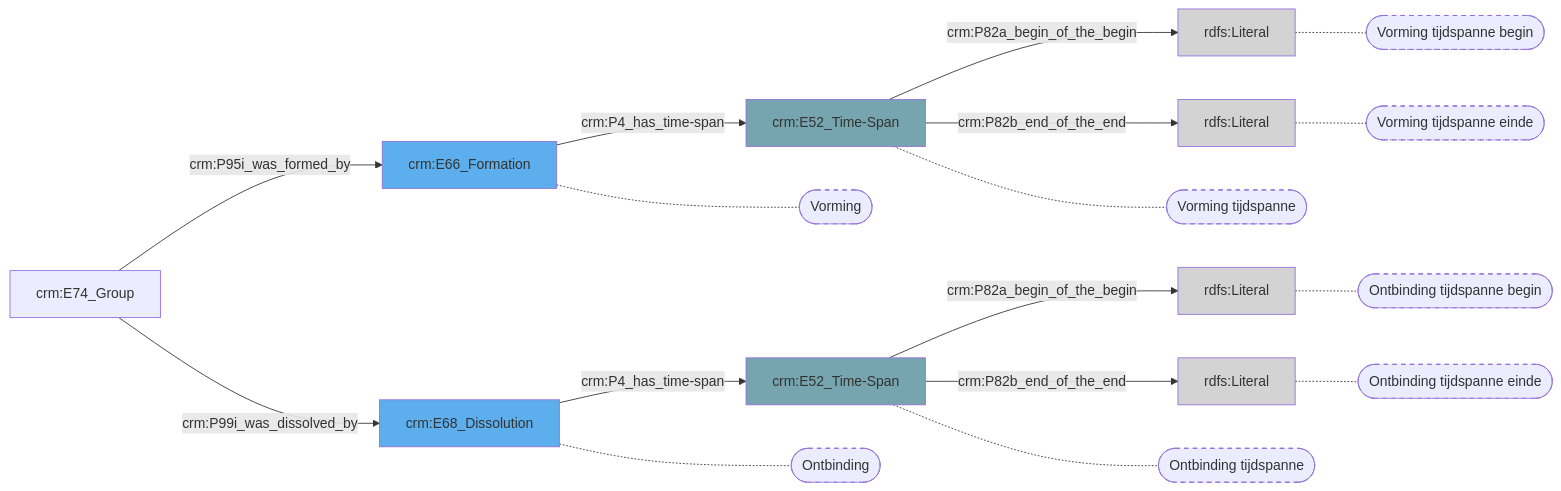
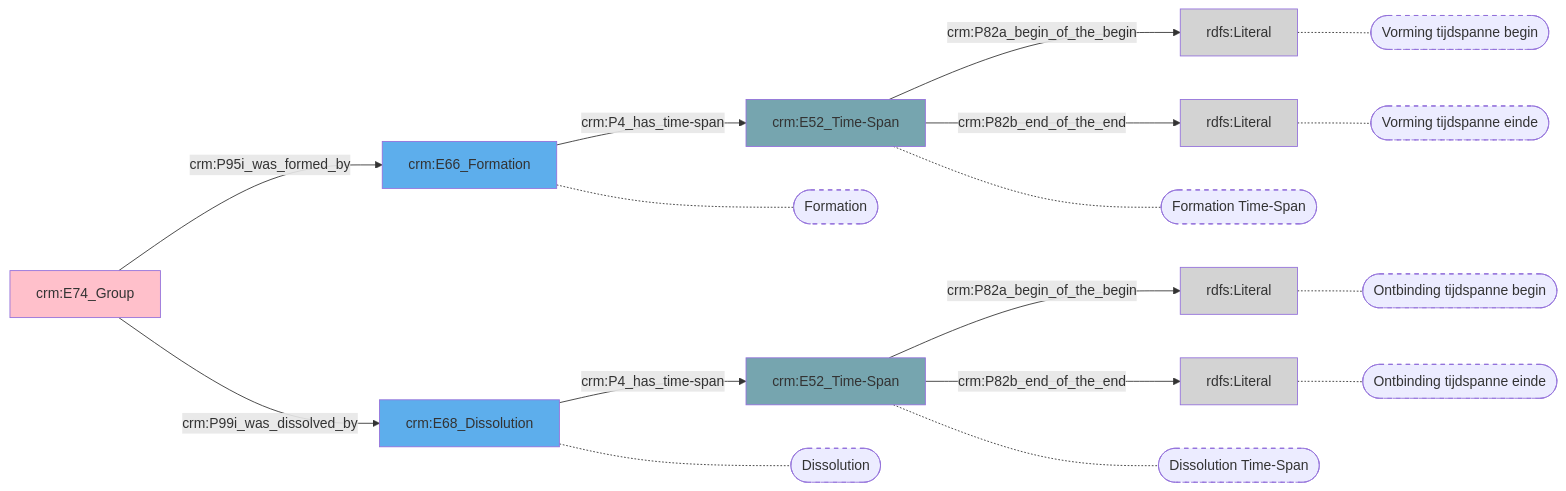
One commit to digipolisantwerpdocumentation/antwerp-cultureel-erfgoed changed the diagram in docs/content/modellen/Group/Context.md. Above: the diagram before and after it, drawn with Mermaid. The commit also changed 173 other files, not shown here.

````diff
--- a/docs/content/modellen/Group/Context.md
+++ b/docs/content/modellen/Group/Context.md
@@ -1,35 +1,36 @@
 ```mermaid
 graph LR
 5b3b6876-e407-11ed-a1e6-00163e71351b["crm:E52_Time-Span"]-->|"crm:P82a_begin_of_the_begin"|7b2434d8-e407-11ed-9655-00163e71351b(rdfs:Literal)
 5b3b6876-e407-11ed-a1e6-00163e71351b["crm:E52_Time-Span"]-->|"crm:P82b_end_of_the_end"|6a5a2ee6-e407-11ed-a1e6-00163e71351b(rdfs:Literal)
 e0bfc39e-e406-11ed-9064-00163e71351b["crm:E52_Time-Span"]-->|"crm:P82a_begin_of_the_begin"|f39c9af0-e406-11ed-9232-00163e71351b(rdfs:Literal)
 e0bfc39e-e406-11ed-9064-00163e71351b["crm:E52_Time-Span"]-->|"crm:P82b_end_of_the_end"|0cee5034-e407-11ed-9655-00163e71351b(rdfs:Literal)
 1456bf2e-e37f-11ed-a1e6-00163e71351b["crm:E74_Group"]-->|"crm:P95i_was_formed_by"|2211ad04-e37f-11ed-9655-00163e71351b["crm:E66_Formation"]
 1456bf2e-e37f-11ed-a1e6-00163e71351b["crm:E74_Group"]-->|"crm:P99i_was_dissolved_by"|378ee0b6-e37f-11ed-9655-00163e71351b["crm:E68_Dissolution"]
 2211ad04-e37f-11ed-9655-00163e71351b["crm:E66_Formation"]-->|"crm:P4_has_time-span"|5b3b6876-e407-11ed-a1e6-00163e71351b["crm:E52_Time-Span"]
 378ee0b6-e37f-11ed-9655-00163e71351b["crm:E68_Dissolution"]-->|"crm:P4_has_time-span"|e0bfc39e-e406-11ed-9064-00163e71351b["crm:E52_Time-Span"]
+2211ad04-e37f-11ed-9655-00163e71351b["crm:E66_Formation"]-.-2211ad04-e37f-11ed-9655-00163e71351b_s(["Formation"])
+378ee0b6-e37f-11ed-9655-00163e71351b["crm:E68_Dissolution"]-.-378ee0b6-e37f-11ed-9655-00163e71351b_s(["Dissolution"])
+5b3b6876-e407-11ed-a1e6-00163e71351b["crm:E52_Time-Span"]-.-5b3b6876-e407-11ed-a1e6-00163e71351b_s(["Formation Time-Span"])
+e0bfc39e-e406-11ed-9064-00163e71351b["crm:E52_Time-Span"]-.-e0bfc39e-e406-11ed-9064-00163e71351b_s(["Dissolution Time-Span"])
+7b2434d8-e407-11ed-9655-00163e71351b["rdfs:Literal"]-.-7b2434d8-e407-11ed-9655-00163e71351b_s(["Vorming tijdspanne begin"])
+6a5a2ee6-e407-11ed-a1e6-00163e71351b["rdfs:Literal"]-.-6a5a2ee6-e407-11ed-a1e6-00163e71351b_s(["Vorming tijdspanne einde"])
+f39c9af0-e406-11ed-9232-00163e71351b["rdfs:Literal"]-.-f39c9af0-e406-11ed-9232-00163e71351b_s(["Ontbinding tijdspanne begin"])
+0cee5034-e407-11ed-9655-00163e71351b["rdfs:Literal"]-.-0cee5034-e407-11ed-9655-00163e71351b_s(["Ontbinding tijdspanne einde"])
 style 2211ad04-e37f-11ed-9655-00163e71351b_s stroke-dasharray: 5
 style 378ee0b6-e37f-11ed-9655-00163e71351b_s stroke-dasharray: 5
 style 5b3b6876-e407-11ed-a1e6-00163e71351b_s stroke-dasharray: 5
 style e0bfc39e-e406-11ed-9064-00163e71351b_s stroke-dasharray: 5
 style 7b2434d8-e407-11ed-9655-00163e71351b_s stroke-dasharray: 5
 style 6a5a2ee6-e407-11ed-a1e6-00163e71351b_s stroke-dasharray: 5
 style f39c9af0-e406-11ed-9232-00163e71351b_s stroke-dasharray: 5
 style 0cee5034-e407-11ed-9655-00163e71351b_s stroke-dasharray: 5
-2211ad04-e37f-11ed-9655-00163e71351b["crm:E66_Formation"]-.-2211ad04-e37f-11ed-9655-00163e71351b_s(["Vorming"])
-378ee0b6-e37f-11ed-9655-00163e71351b["crm:E68_Dissolution"]-.-378ee0b6-e37f-11ed-9655-00163e71351b_s(["Ontbinding"])
-5b3b6876-e407-11ed-a1e6-00163e71351b["crm:E52_Time-Span"]-.-5b3b6876-e407-11ed-a1e6-00163e71351b_s(["Vorming tijdspanne"])
-e0bfc39e-e406-11ed-9064-00163e71351b["crm:E52_Time-Span"]-.-e0bfc39e-e406-11ed-9064-00163e71351b_s(["Ontbinding tijdspanne"])
-7b2434d8-e407-11ed-9655-00163e71351b["rdfs:Literal"]-.-7b2434d8-e407-11ed-9655-00163e71351b_s(["Vorming tijdspanne begin"])
-6a5a2ee6-e407-11ed-a1e6-00163e71351b["rdfs:Literal"]-.-6a5a2ee6-e407-11ed-a1e6-00163e71351b_s(["Vorming tijdspanne einde"])
-f39c9af0-e406-11ed-9232-00163e71351b["rdfs:Literal"]-.-f39c9af0-e406-11ed-9232-00163e71351b_s(["Ontbinding tijdspanne begin"])
-0cee5034-e407-11ed-9655-00163e71351b["rdfs:Literal"]-.-0cee5034-e407-11ed-9655-00163e71351b_s(["Ontbinding tijdspanne einde"])
 style 0cee5034-e407-11ed-9655-00163e71351b fill:#D3D3D3
+style 1456bf2e-e37f-11ed-a1e6-00163e71351b fill:#ffc0cb
 style 2211ad04-e37f-11ed-9655-00163e71351b fill:#5DAEEC
 style 378ee0b6-e37f-11ed-9655-00163e71351b fill:#5DAEEC
 style 5b3b6876-e407-11ed-a1e6-00163e71351b fill:#76A5AF
 style 6a5a2ee6-e407-11ed-a1e6-00163e71351b fill:#D3D3D3
 style 7b2434d8-e407-11ed-9655-00163e71351b fill:#D3D3D3
 style e0bfc39e-e406-11ed-9064-00163e71351b fill:#76A5AF
 style f39c9af0-e406-11ed-9232-00163e71351b fill:#D3D3D3
 ```
````
